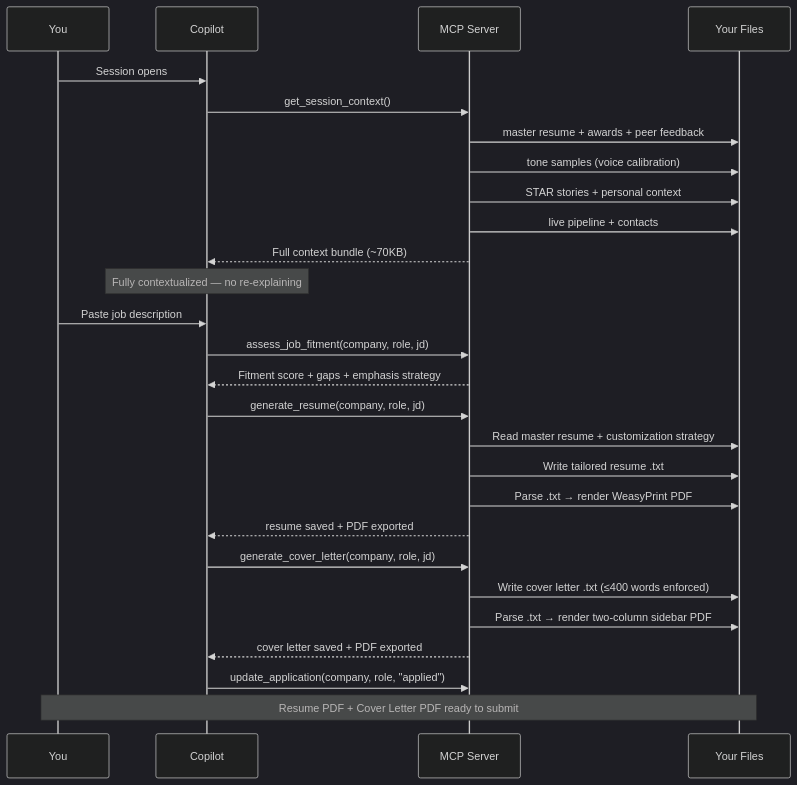
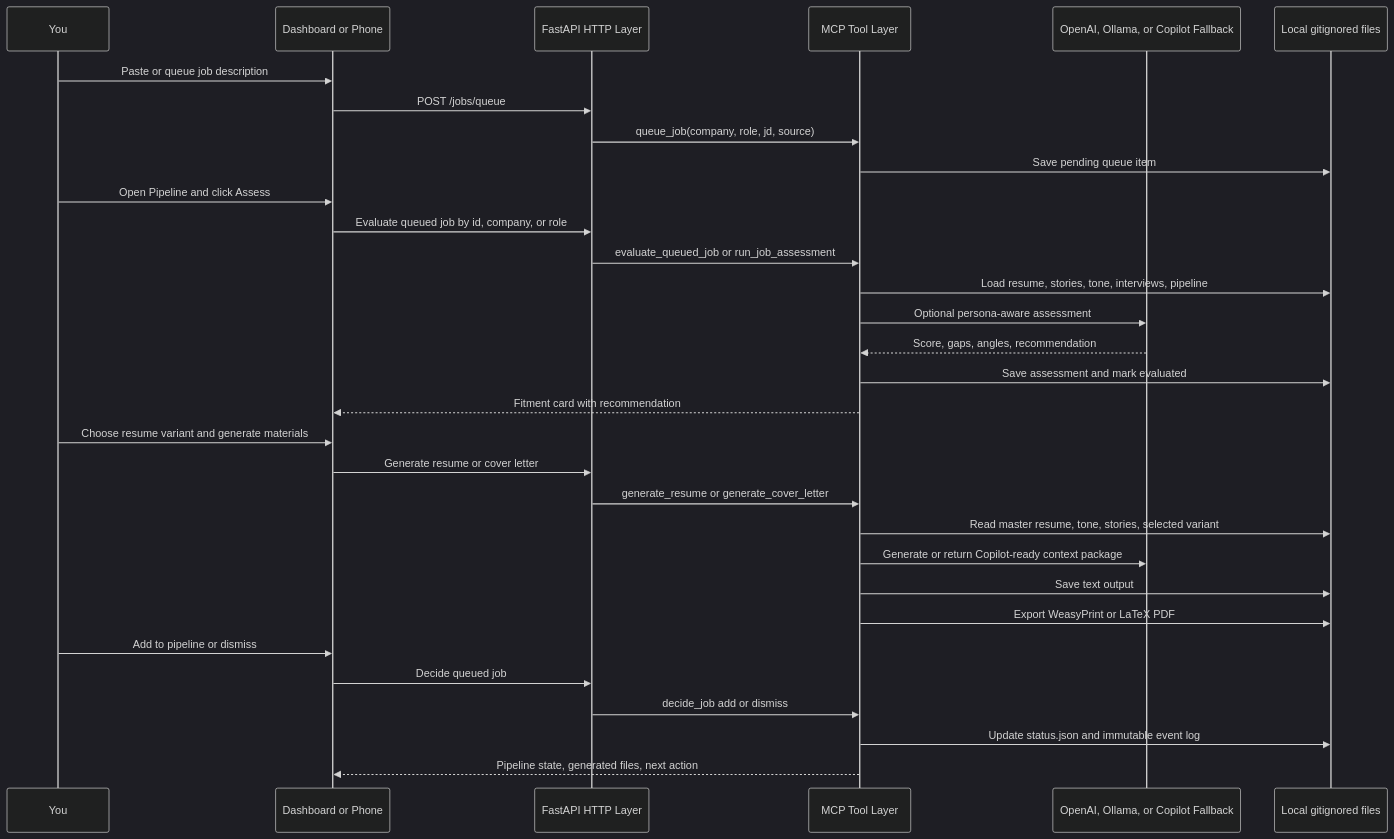
One commit to JustLikeFrank3/jobContextMCP changed the second of 2 diagrams in README.md. Above: the diagram before and after it, drawn with Mermaid (dark theme). The commit also changed other lines of this file and 17 other files, not shown here.

````diff
--- a/README.md
+++ b/README.md
@@ -141,31 +144,37 @@
 ```mermaid
 sequenceDiagram
     participant You
-    participant Copilot
-    participant MCP as MCP Server
-    participant Files as Your Files
+    participant UI as Dashboard or Phone
+    participant API as FastAPI HTTP Layer
+    participant Tools as MCP Tool Layer
+    participant LLM as OpenAI, Ollama, or Copilot Fallback
+    participant Files as Local gitignored files
 
-    You->>Copilot: Session opens
-    Copilot->>MCP: get_session_context()
-    MCP->>Files: master resume + awards + peer feedback
-    MCP->>Files: tone samples (voice calibration)
-    MCP->>Files: STAR stories + personal context
-    MCP->>Files: live pipeline + contacts
-    MCP-->>Copilot: Full context bundle (~70KB)
-    Note over Copilot: Fully contextualized — no re-explaining
+    You->>UI: Paste or queue job description
+    UI->>API: POST /jobs/queue
+    API->>Tools: queue_job(company, role, jd, source)
+    Tools->>Files: Save pending queue item
 
-    You->>Copilot: Paste job description
-    Copilot->>MCP: assess_job_fitment(company, role, jd)
-    MCP-->>Copilot: Fitment score + gaps + emphasis strategy
-    Copilot->>MCP: generate_resume(company, role, jd)
-    MCP->>Files: Read master resume + customization strategy
-    MCP->>Files: Write tailored resume .txt
-    MCP->>Files: Parse .txt → render WeasyPrint PDF
-    MCP-->>Copilot: resume saved + PDF exported
-    Copilot->>MCP: generate_cover_letter(company, role, jd)
-    MCP->>Files: Write cover letter .txt (≤400 words enforced)
-    MCP->>Files: Parse .txt → render two-column sidebar PDF
-    MCP-->>Copilot: cover letter saved + PDF exported
-    Copilot->>MCP: update_application(company, role, "applied")
-    Note over You,Files: Resume PDF + Cover Letter PDF ready to submit
+    You->>UI: Open Pipeline and click Assess
+    UI->>API: Evaluate queued job by id, company, or role
+    API->>Tools: evaluate_queued_job or run_job_assessment
+    Tools->>Files: Load resume, stories, tone, interviews, pipeline
+    Tools->>LLM: Optional persona-aware assessment
+    LLM-->>Tools: Score, gaps, angles, recommendation
+    Tools->>Files: Save assessment and mark evaluated
+    Tools-->>UI: Fitment card with recommendation
+
+    You->>UI: Choose resume variant and generate materials
+    UI->>API: Generate resume or cover letter
+    API->>Tools: generate_resume or generate_cover_letter
+    Tools->>Files: Read master resume, tone, stories, selected variant
+    Tools->>LLM: Generate or return Copilot-ready context package
+    Tools->>Files: Save text output
+    Tools->>Files: Export WeasyPrint or LaTeX PDF
+
+    You->>UI: Add to pipeline or dismiss
+    UI->>API: Decide queued job
+    API->>Tools: decide_job add or dismiss
+    Tools->>Files: Update status.json and immutable event log
+    Tools-->>UI: Pipeline state, generated files, next action
 ```
````
